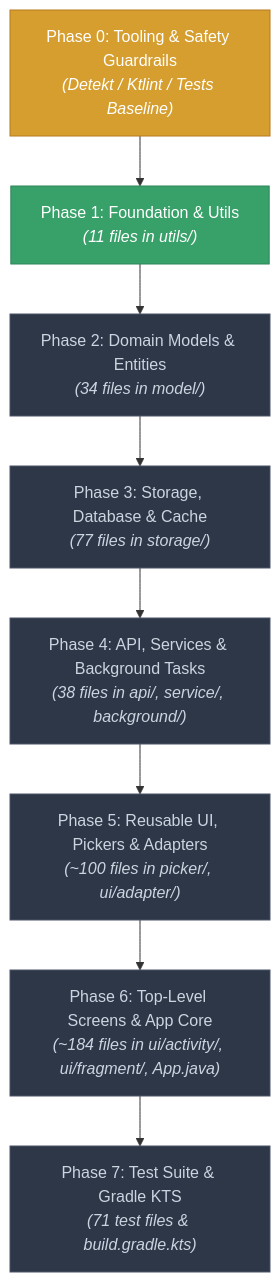
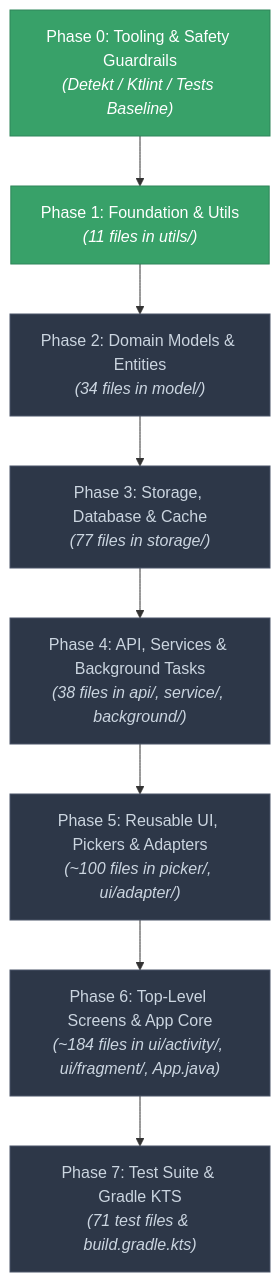
The first of 2 diagrams in KOTLIN_MIGRATION.mdx (solomonrajan/cashledger), drawn with Mermaid before and after one commit. The commit also changed other lines of this file and 6 other files, not shown here.

First line of the commit message:
chore(tooling): configure detekt, ktlint, and CI guardrails (Phase 0)

````diff
--- a/KOTLIN_MIGRATION.mdx
+++ b/KOTLIN_MIGRATION.mdx
@@ -50,23 +50,23 @@
 ```mermaid
 flowchart TD
     classDef pending fill:#2D3748,stroke:#4A5568,color:#CBD5E0
     classDef inprog fill:#D69E2E,stroke:#B7791F,color:#FFFFFF
     classDef complete fill:#38A169,stroke:#2F855A,color:#FFFFFF
 
-    P0["Phase 0: Tooling & Safety Guardrails<br/><i>(Detekt / Ktlint / Tests Baseline)</i>"]:::inprog
+    P0["Phase 0: Tooling & Safety Guardrails<br/><i>(Detekt / Ktlint / Tests Baseline)</i>"]:::complete
     P1["Phase 1: Foundation & Utils<br/><i>(11 files in utils/)</i>"]:::complete
     P2["Phase 2: Domain Models & Entities<br/><i>(34 files in model/)</i>"]:::pending
     P3["Phase 3: Storage, Database & Cache<br/><i>(77 files in storage/)</i>"]:::pending
     P4["Phase 4: API, Services & Background Tasks<br/><i>(38 files in api/, service/, background/)</i>"]:::pending
     P5["Phase 5: Reusable UI, Pickers & Adapters<br/><i>(~100 files in picker/, ui/adapter/)</i>"]:::pending
     P6["Phase 6: Top-Level Screens & App Core<br/><i>(~184 files in ui/activity/, ui/fragment/, App.java)</i>"]:::pending
     P7["Phase 7: Test Suite & Gradle KTS<br/><i>(71 test files & build.gradle.kts)</i>"]:::pending
 
     P0 --> P1
     P1 --> P2
     P2 --> P3
     P3 --> P4
     P4 --> P5
     P5 --> P6
     P6 --> P7
 ```
````
